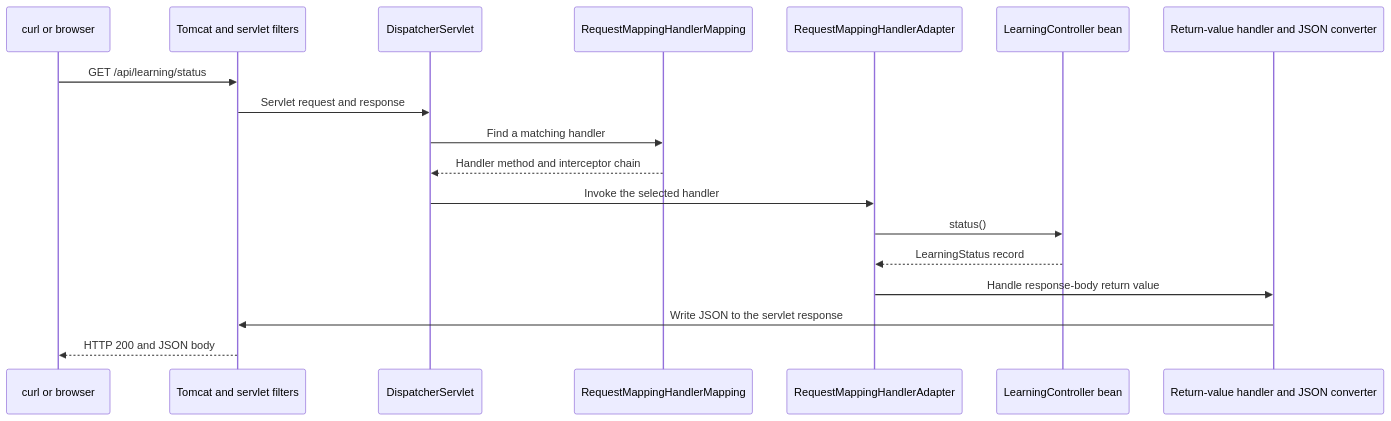
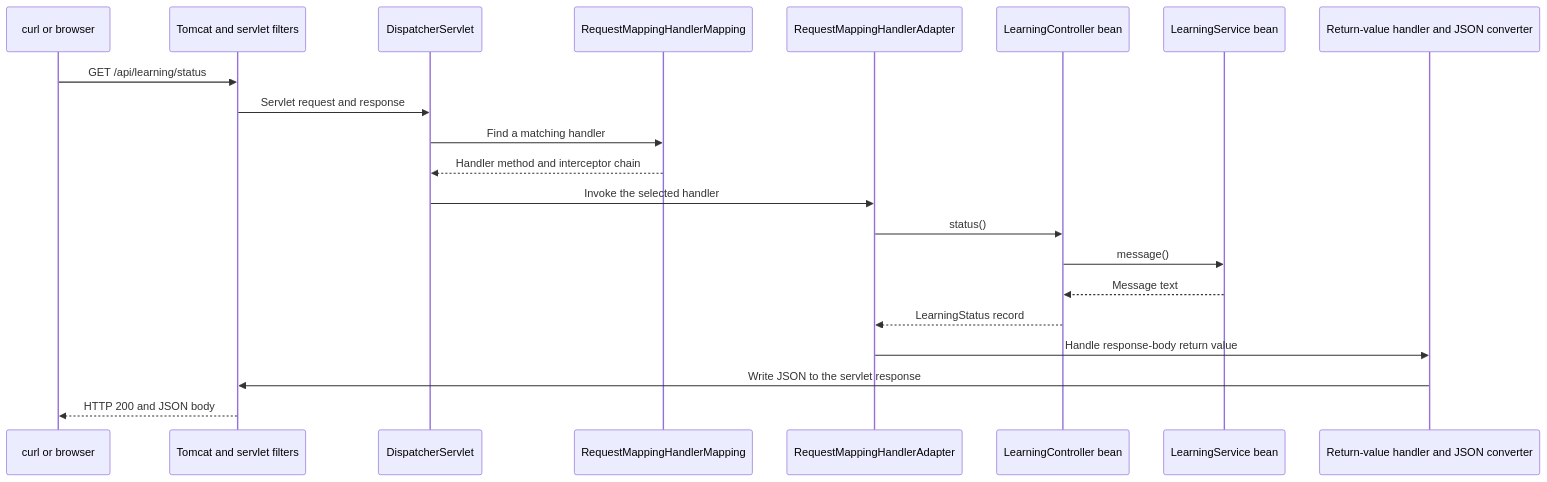
Before and after one commit to OutforPavan/orderflow: the diagram in docs/TECHNICAL-NOTEBOOK.md, drawn with Mermaid. The commit also changed other lines of this file and 11 other files, not shown here.

Commit message:
feat: teach constructor injection with a learning service

````diff
--- a/docs/TECHNICAL-NOTEBOOK.md
+++ b/docs/TECHNICAL-NOTEBOOK.md
@@ -335,20 +341,23 @@
 ```mermaid
 sequenceDiagram
     participant Client as curl or browser
     participant Server as Tomcat and servlet filters
     participant Front as DispatcherServlet
     participant Mapping as RequestMappingHandlerMapping
     participant Adapter as RequestMappingHandlerAdapter
     participant Controller as LearningController bean
+    participant Service as LearningService bean
     participant Writer as Return-value handler and JSON converter
     Client->>Server: GET /api/learning/status
     Server->>Front: Servlet request and response
     Front->>Mapping: Find a matching handler
     Mapping-->>Front: Handler method and interceptor chain
     Front->>Adapter: Invoke the selected handler
     Adapter->>Controller: status()
+    Controller->>Service: message()
+    Service-->>Controller: Message text
     Controller-->>Adapter: LearningStatus record
     Adapter->>Writer: Handle response-body return value
     Writer->>Server: Write JSON to the servlet response
     Server-->>Client: HTTP 200 and JSON body
 ```
````
